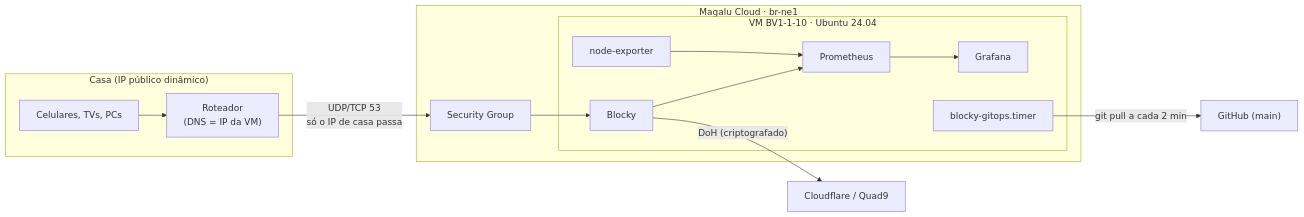
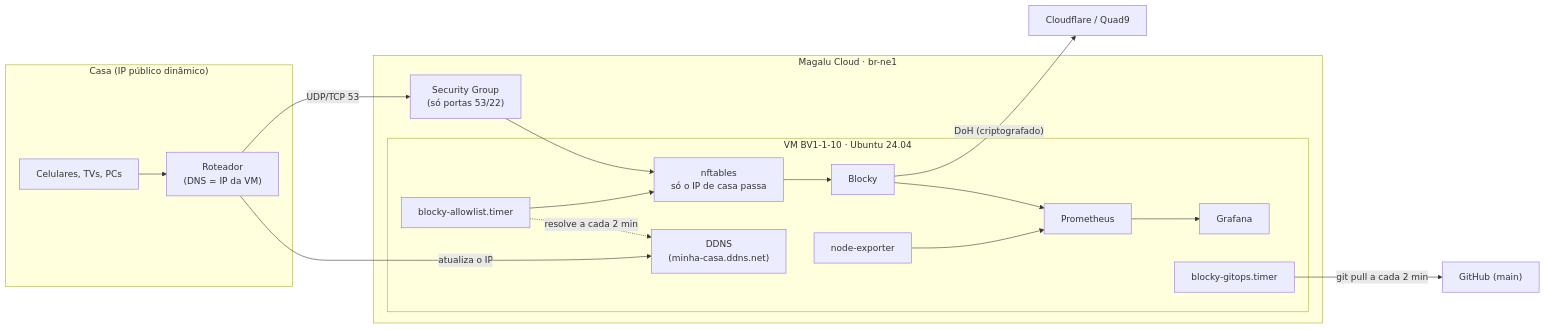
Before and after one commit to MarcosDaNight/blocky-cloud-dns: the diagram in README.md, drawn with Mermaid. The commit also changed other lines of this file and 12 other files, not shown here.

First line of the commit message:
feat(firewall): follow the dynamic home IP via DDNS with a host-level allowlist (#7)

````diff
--- a/README.md
+++ b/README.md
@@ -8,17 +8,21 @@
 ```mermaid
 flowchart LR
   subgraph casa["Casa (IP público dinâmico)"]
     dev["Celulares, TVs, PCs"] --> router["Roteador<br/>(DNS = IP da VM)"]
   end
-  router -- "UDP/TCP 53<br/>só o IP de casa passa" --> sg
+  router -- "atualiza o IP" --> ddns["DDNS<br/>(minha-casa.ddns.net)"]
+  router -- "UDP/TCP 53" --> sg
   subgraph mgc["Magalu Cloud · br-ne1"]
-    sg["Security Group"] --> blocky
+    sg["Security Group<br/>(só portas 53/22)"] --> fw
     subgraph vm["VM BV1-1-10 · Ubuntu 24.04"]
+      fw["nftables<br/>só o IP de casa passa"] --> blocky
+      allow["blocky-allowlist.timer"] -. "resolve a cada 2 min" .-> ddns
+      allow --> fw
       blocky["Blocky"] --> prom["Prometheus"] --> graf["Grafana"]
       node["node-exporter"] --> prom
       gitops["blocky-gitops.timer"]
     end
   end
   blocky -- "DoH (criptografado)" --> up["Cloudflare / Quad9"]
   gitops -- "git pull a cada 2 min" --> gh["GitHub (main)"]
 ```
````
